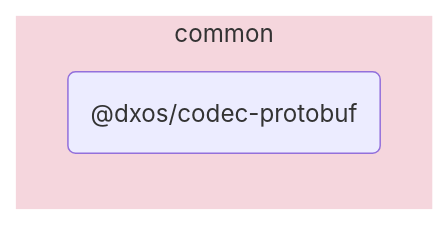
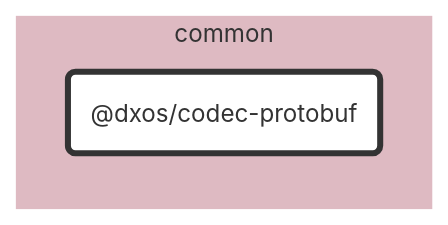
Before and after one commit to dxos/dxos: the diagram in packages/common/codec-protobuf/docs/README.md, drawn with Mermaid. The commit also changed other lines of this file and 89 other files, not shown here.

````diff
--- a/packages/common/codec-protobuf/docs/README.md
+++ b/packages/common/codec-protobuf/docs/README.md
@@ -5,9 +7,25 @@
 ```mermaid
-flowchart LR;
+%%{ init: {'flowchart':{'curve':'basis'}} }%%
 
+flowchart LR
+
+%% Links
+
+%% Sections
 subgraph common
-  style common fill:#f5d6dd,stroke:#fff;
-  dxos/codec-protobuf("@dxos/codec-protobuf");
+  style common fill:#debac2,stroke:#fff;
+
+  dxos/codec-protobuf("@dxos/codec-protobuf")
 end
 
+
+%% Hyperlinks
+
+%% Styles
+classDef rootNode fill:#fff,stroke:#333,stroke-width:4px
+classDef defaultNode fill:#fff,stroke:#333,stroke-width:1px
+linkStyle default stroke:#333,stroke-width:1px
+
+dxos/codec-protobuf:::rootNode
+
 ```
````
